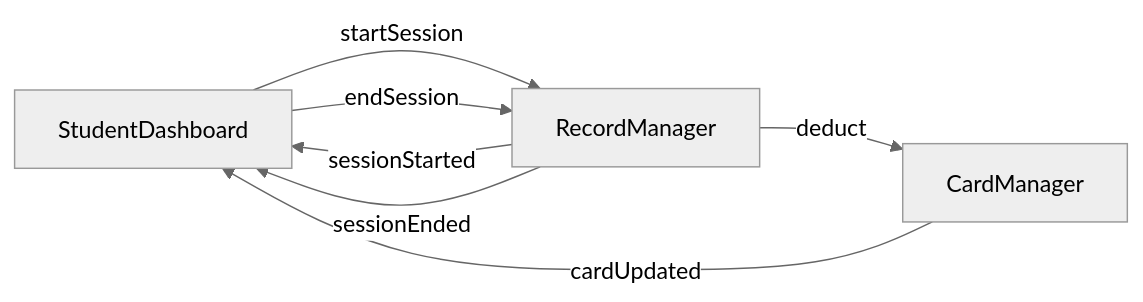
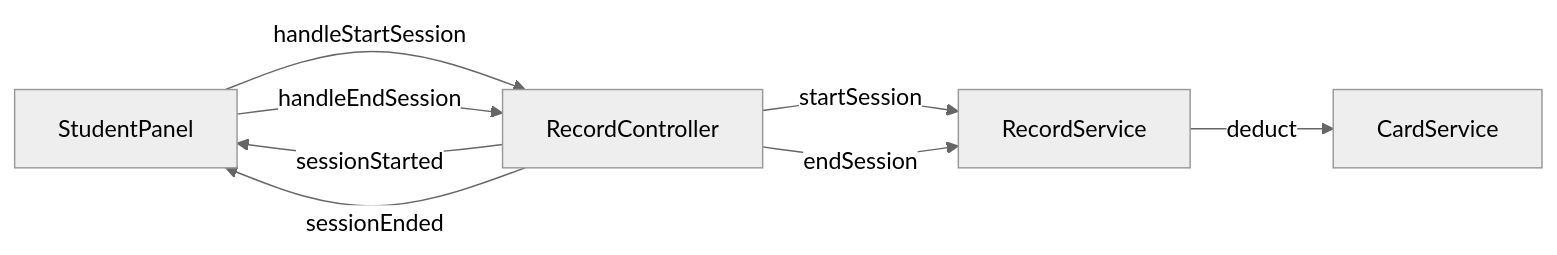
Before and after one commit to AstroAir/software-design: the fourth of 4 diagrams in docs/api/signals-slots.md, drawn with Mermaid (neutral theme). The commit also changed other lines of this file and 6 other files, not shown here.

Commit message:
Update documentation to reflect MVC architecture refactoring, rename managers to services/controllers, and reorganize API reference structure

````diff
--- a/docs/api/signals-slots.md
+++ b/docs/api/signals-slots.md
@@ -265,9 +313,10 @@
 ```mermaid
 flowchart LR
-    A[StudentDashboard] -->|startSession| B[RecordManager]
+    A[StudentPanel] -->|handleStartSession| B[RecordController]
+    B -->|startSession| C[RecordService]
     B -->|sessionStarted| A
-    A -->|endSession| B
+    A -->|handleEndSession| B
+    B -->|endSession| C
+    C -->|deduct| D[CardService]
     B -->|sessionEnded| A
-    B -->|deduct| C[CardManager]
-    C -->|cardUpdated| A
 ```
````
